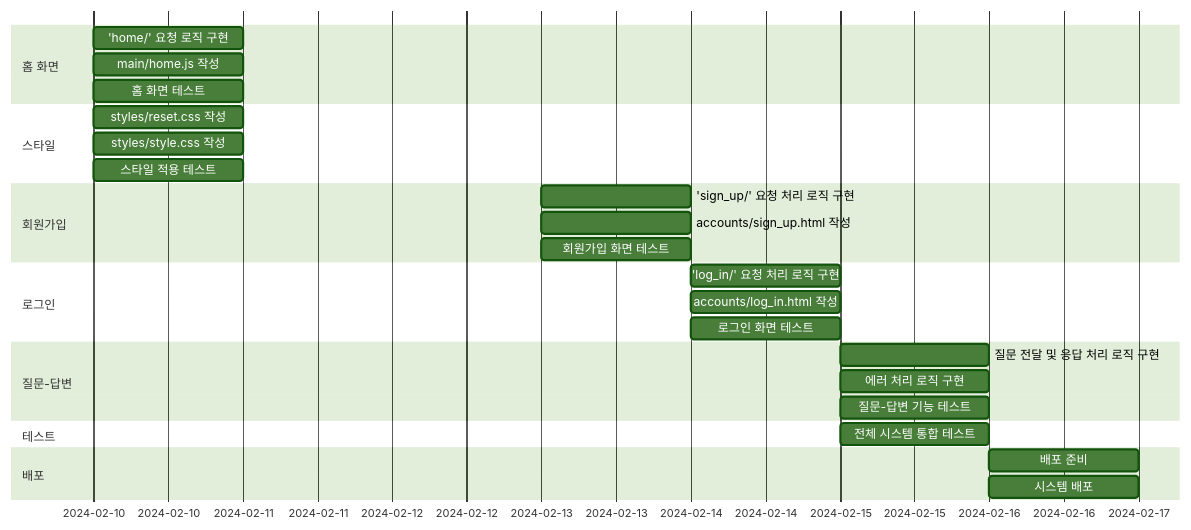
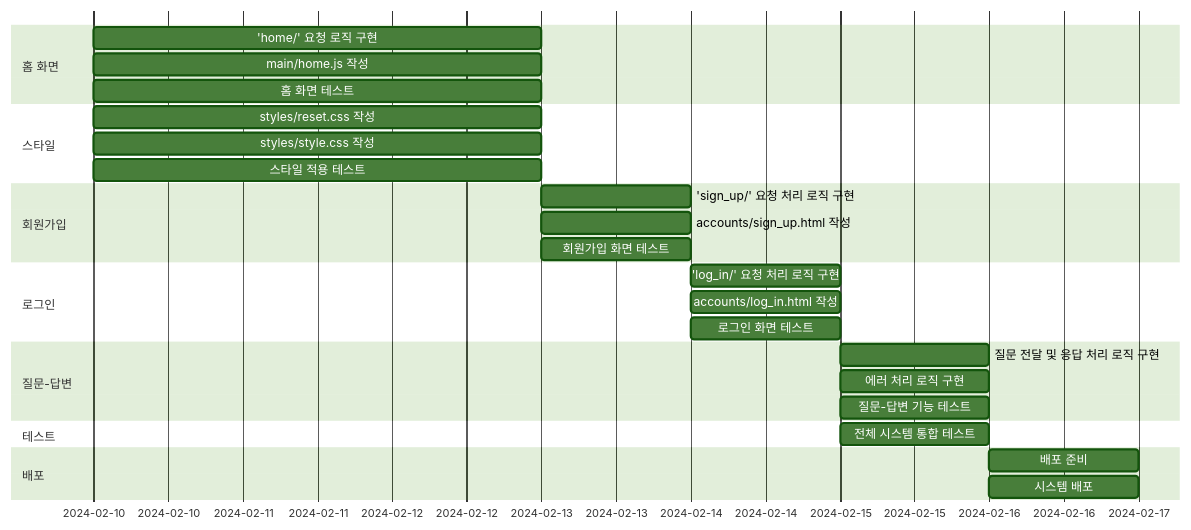
Before and after one commit to TheRealParkJoohyung/product-pricing: the second of 2 diagrams in README.md, drawn with Mermaid (forest theme).

````diff
--- a/README.md
+++ b/README.md
@@ -138,38 +138,38 @@
 ```mermaid
 gantt
     todayMarker off
 dateFormat YYYY-MM-DD
 
 section 홈 화면
-'home/' 요청 로직 구현 :2024-02-10, 1d
-main/home.js 작성 :2024-02-10, 1d
-홈 화면 테스트 :2024-02-10, 1d
+'home/' 요청 로직 구현 :2024-02-10, 3d
+main/home.js 작성 :2024-02-10, 3d
+홈 화면 테스트 :2024-02-10, 3d
 
 section 스타일
-styles/reset.css 작성 :2024-02-10, 1d
-styles/style.css 작성 :2024-02-10, 1d
-스타일 적용 테스트 :2024-02-10, 1d
+styles/reset.css 작성 :2024-02-10, 3d
+styles/style.css 작성 :2024-02-10, 3d
+스타일 적용 테스트 :2024-02-10, 3d
 
 section 회원가입
 'sign_up/' 요청 처리 로직 구현 :2024-02-13, 1d
 accounts/sign_up.html 작성 :2024-02-13, 1d
 회원가입 화면 테스트 :2024-02-13, 1d
 
 section 로그인
 'log_in/' 요청 처리 로직 구현 :2024-02-14, 1d
 accounts/log_in.html 작성 :2024-02-14, 1d
 로그인 화면 테스트 :2024-02-14, 1d
 
 section 질문-답변
 질문 전달 및 응답 처리 로직 구현 :2024-02-15, 1d
 에러 처리 로직 구현 :2024-02-15, 1d
 질문-답변 기능 테스트 :2024-02-15, 1d
 
 section 테스트
 전체 시스템 통합 테스트 :2024-02-15, 1d
 
 section 배포
 배포 준비 :2024-02-16, 1d
 시스템 배포 :2024-02-16, 1d
 
 ```
````
